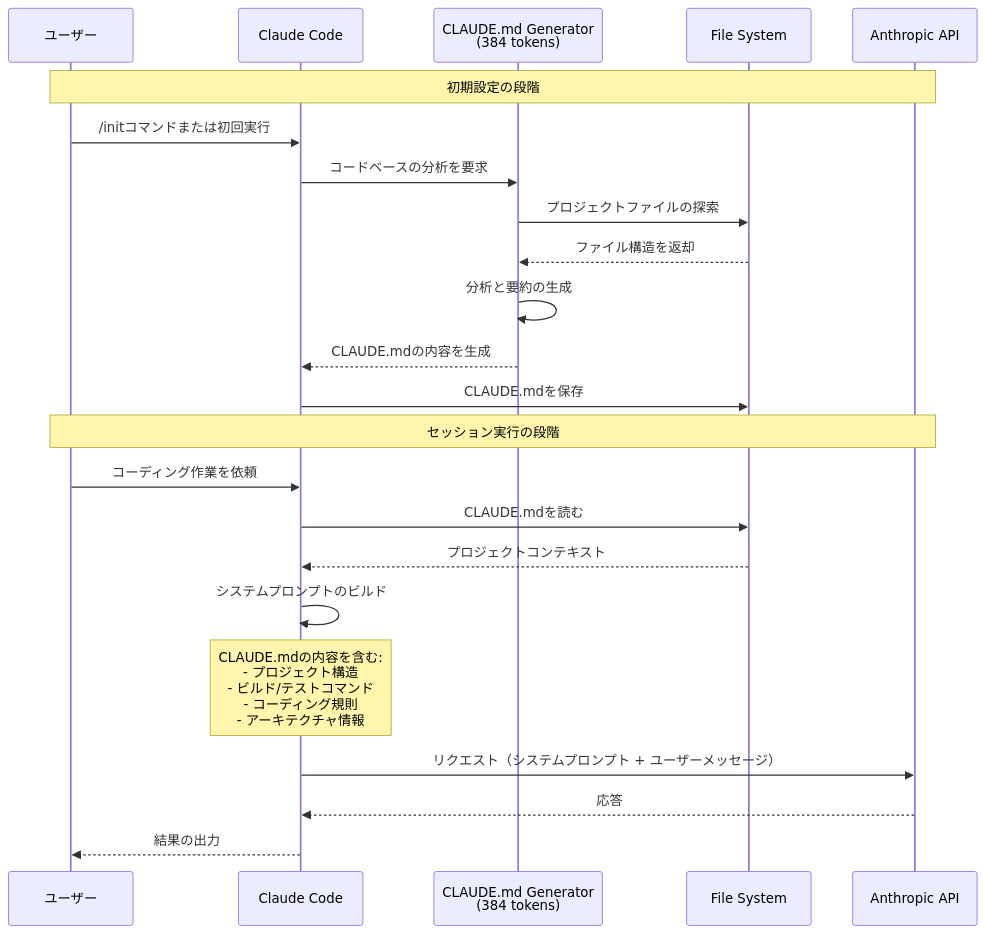
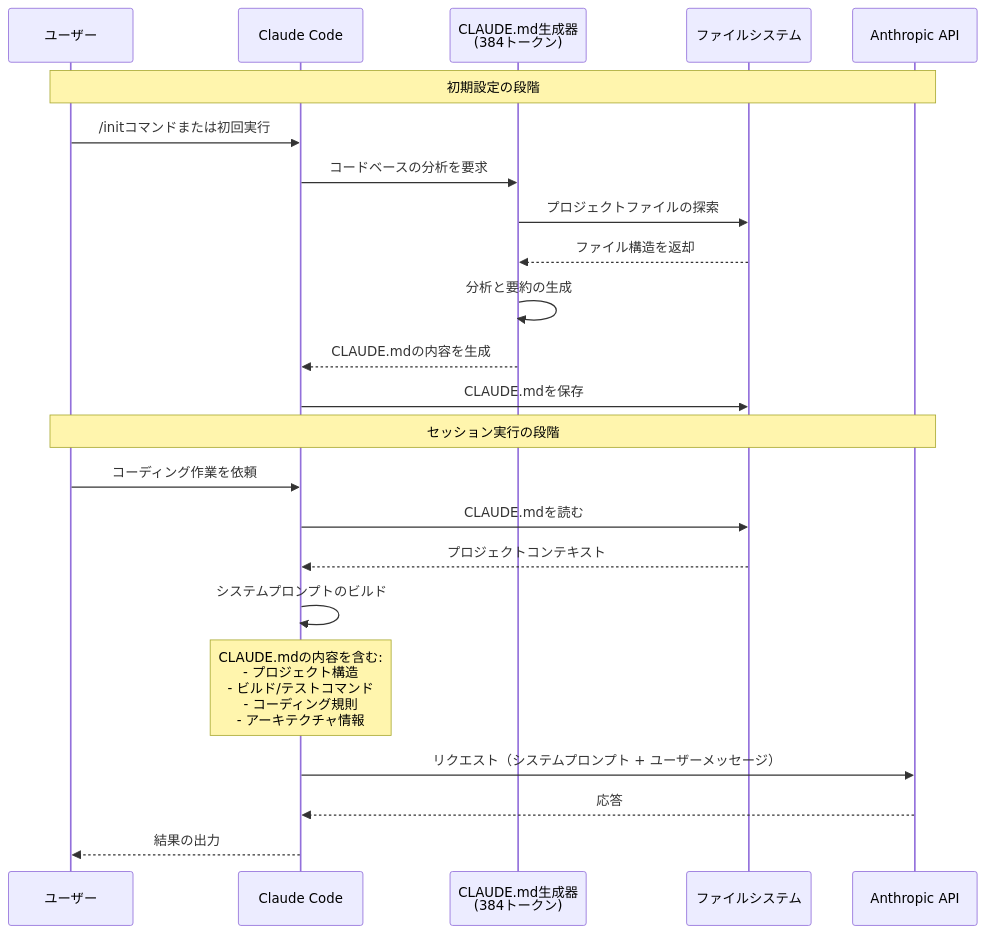
One commit to roboco-io/roboco-io.github.io changed the third of 7 diagrams in content/ja/posts/claude-code-deep-dive.md. Above: the diagram before and after it, drawn with Mermaid. The commit also changed other lines of this file and 23 other files, not shown here.

Commit message:
content: localize translated images and Japanese Mermaid diagrams

````diff
--- a/content/ja/posts/claude-code-deep-dive.md
+++ b/content/ja/posts/claude-code-deep-dive.md
@@ -219,29 +219,29 @@
 ```mermaid
 sequenceDiagram
     participant U as ユーザー
     participant CC as Claude Code
-    participant Gen as CLAUDE.md Generator<br/>(384 tokens)
-    participant FS as File System
+    participant Gen as CLAUDE.md生成器<br/>(384トークン)
+    participant FS as ファイルシステム
     participant API as Anthropic API
     
     Note over U,API: 初期設定の段階
     U->>CC: /initコマンドまたは初回実行
     CC->>Gen: コードベースの分析を要求
     Gen->>FS: プロジェクトファイルの探索
     FS-->>Gen: ファイル構造を返却
     Gen->>Gen: 分析と要約の生成
     Gen-->>CC: CLAUDE.mdの内容を生成
     CC->>FS: CLAUDE.mdを保存
     
     Note over U,API: セッション実行の段階
     U->>CC: コーディング作業を依頼
     CC->>FS: CLAUDE.mdを読む
     FS-->>CC: プロジェクトコンテキスト
     CC->>CC: システムプロンプトのビルド
     
     Note over CC: CLAUDE.mdの内容を含む:<br/>- プロジェクト構造<br/>- ビルド/テストコマンド<br/>- コーディング規則<br/>- アーキテクチャ情報
     
     CC->>API: リクエスト（システムプロンプト + ユーザーメッセージ）
     API-->>CC: 応答
     CC-->>U: 結果の出力
 ```
````
